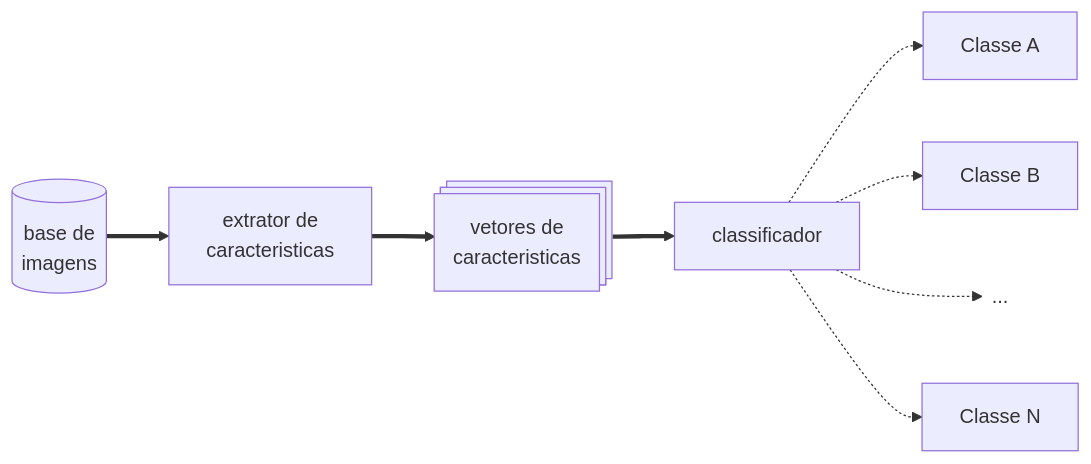
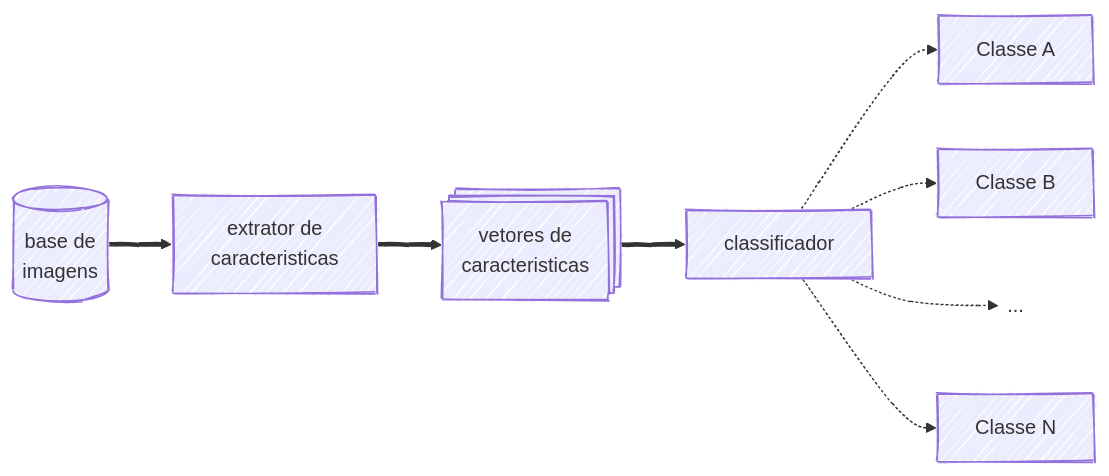
One commit to rafaelrpq/classificadores changed the diagram in README.md. Above: the diagram before and after it, drawn with Mermaid.

````diff
--- a/README.md
+++ b/README.md
@@ -17,10 +17,16 @@
 ```mermaid
+---
+config:
+  look: handDrawn
+  theme: mc
+---
+
 flowchart LR
     B[("base de<br>imagens")] ==> E["extrator de<br>caracteristicas"]
     E ==> V["vetores de<br>caracteristicas"]
     V ==> C["classificador"]
     C -.-> c1["Classe A"] & c2["Classe B"] & n1["..."] & cN["Classe N"]
 
     V@{ shape: procs}
     n1@{ shape: text}
 ```
````
